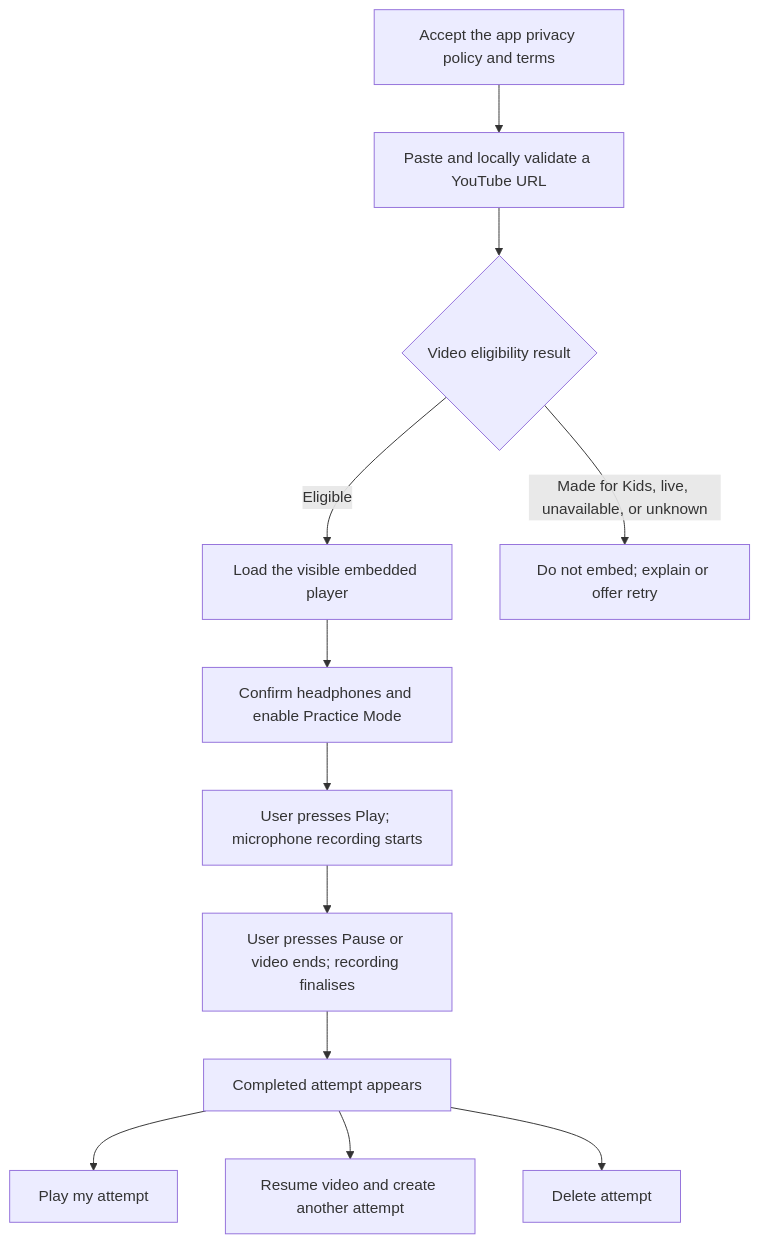
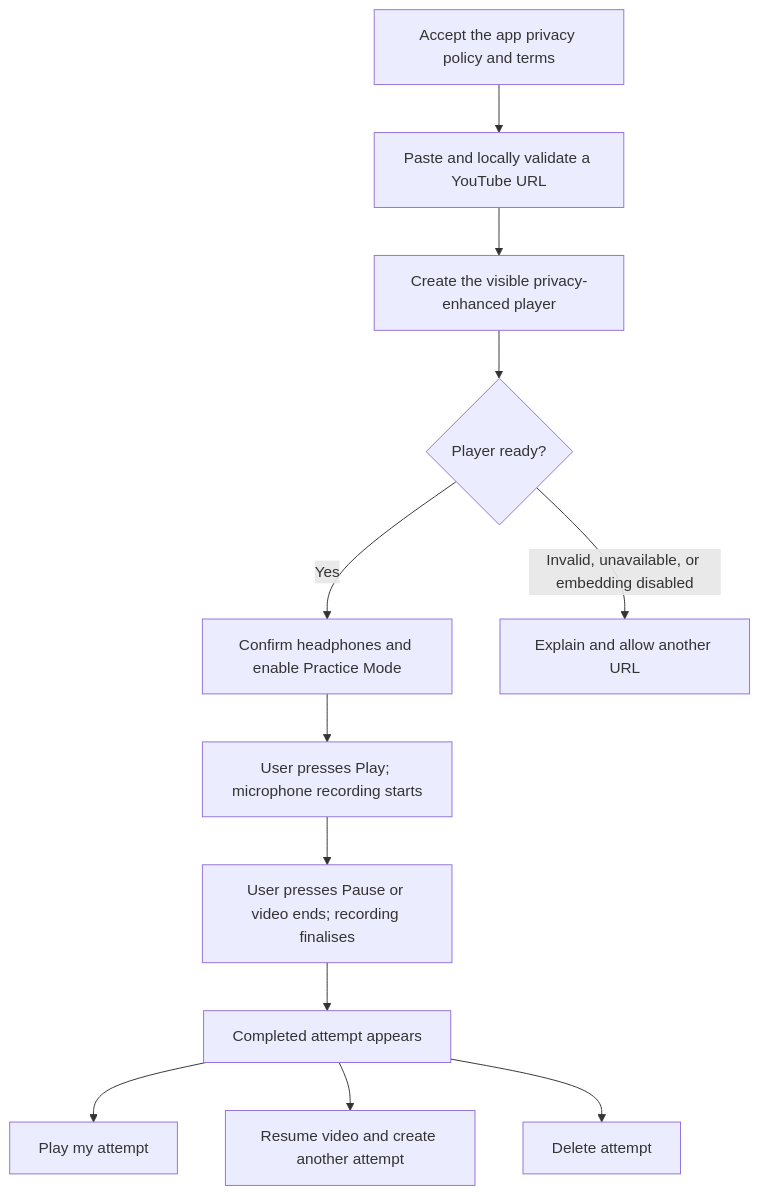
Before and after one commit to linhtag-dev/shadowing-recorder: the diagram in docs/maintainers/requirements/shadowing-recorder-mvp.md, drawn with Mermaid. The commit also changed other lines of this file and 10 other files, not shown here.

Commit message:
docs: adopt static privacy-first architecture

````diff
--- a/docs/maintainers/requirements/shadowing-recorder-mvp.md
+++ b/docs/maintainers/requirements/shadowing-recorder-mvp.md
@@ -34,14 +34,14 @@
 ```mermaid
 flowchart TD
     A["Accept the app privacy policy and terms"] --> B["Paste and locally validate a YouTube URL"]
-    B --> C{"Video eligibility result"}
-    C -->|"Eligible"| D["Load the visible embedded player"]
-    C -->|"Made for Kids, live, unavailable, or unknown"| X["Do not embed; explain or offer retry"]
-    D --> E["Confirm headphones and enable Practice Mode"]
+    B --> C["Create the visible privacy-enhanced player"]
+    C --> D{"Player ready?"}
+    D -->|"Yes"| E["Confirm headphones and enable Practice Mode"]
+    D -->|"Invalid, unavailable, or embedding disabled"| X["Explain and allow another URL"]
     E --> F["User presses Play; microphone recording starts"]
     F --> G["User presses Pause or video ends; recording finalises"]
     G --> H["Completed attempt appears"]
     H --> I["Play my attempt"]
     H --> J["Resume video and create another attempt"]
     H --> K["Delete attempt"]
 ```
````
